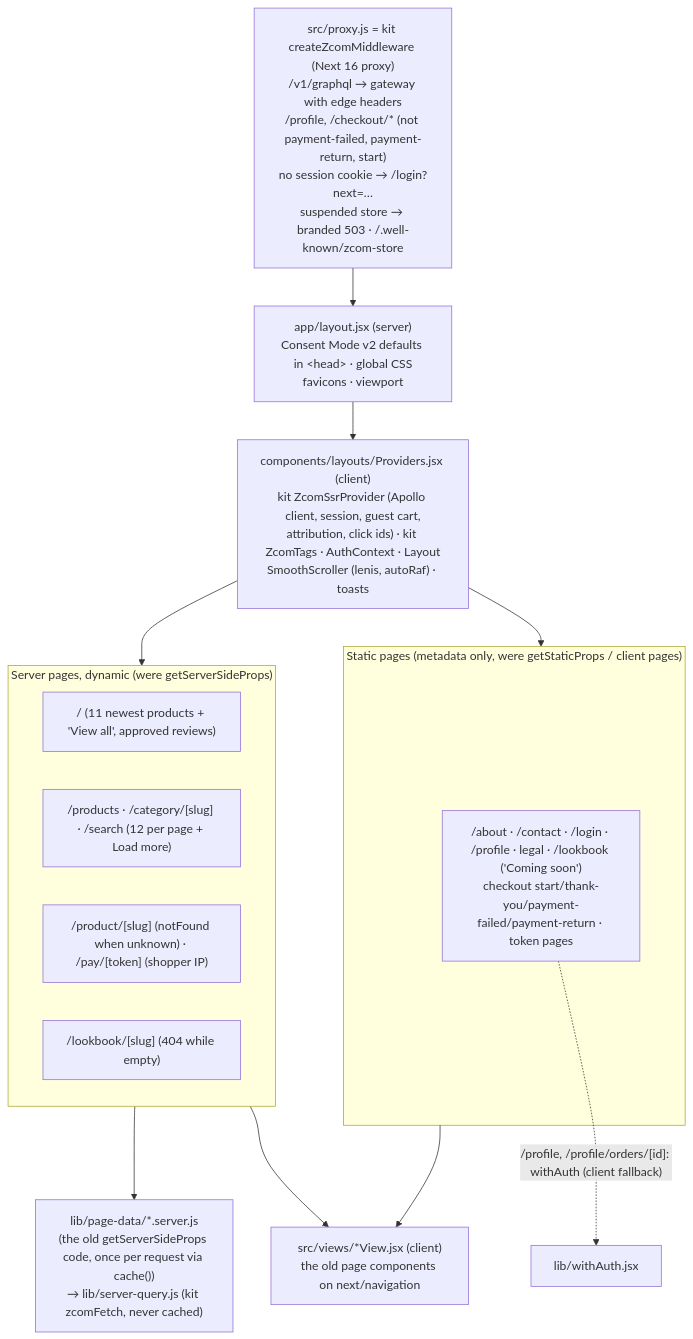
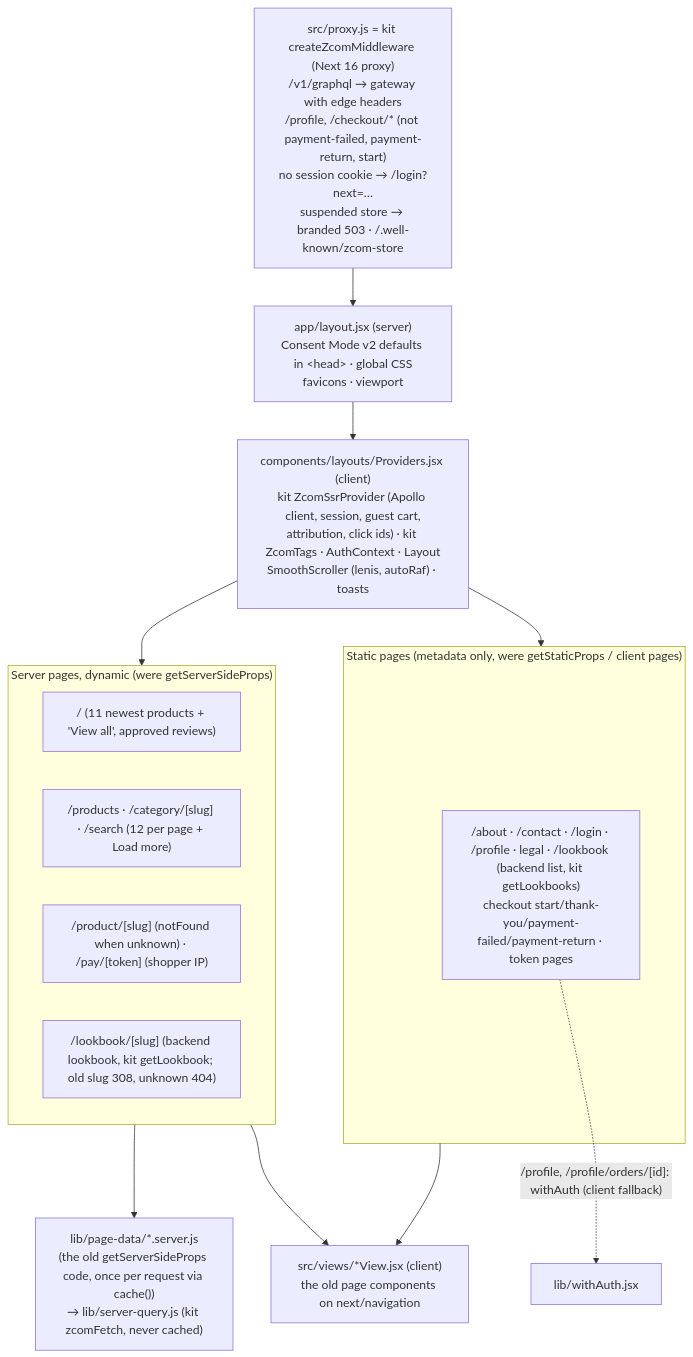
The second of 6 diagrams in docs/architecture/solution-architecture.md (Zerror-Studios/deveshe), drawn with Mermaid before and after one commit. The commit also changed other lines of this file and 27 other files, not shown here.

Commit message:
feat(lookbook): lookbooks from the backend on the chapter design (PRD-027 D10)

````diff
--- a/docs/architecture/solution-architecture.md
+++ b/docs/architecture/solution-architecture.md
@@ -29,22 +29,22 @@
 ```mermaid
 flowchart TB
     PX["src/proxy.js = kit createZcomMiddleware (Next 16 proxy)<br/>/v1/graphql → gateway with edge headers<br/>/profile, /checkout/* (not payment-failed, payment-return, start)<br/>no session cookie → /login?next=…<br/>suspended store → branded 503 · /.well-known/zcom-store"]
     LAYOUT["app/layout.jsx (server)<br/>Consent Mode v2 defaults in &lt;head&gt; · global CSS<br/>favicons · viewport"]
     PROV["components/layouts/Providers.jsx (client)<br/>kit ZcomSsrProvider (Apollo client, session, guest cart,<br/>attribution, click ids) · kit ZcomTags · AuthContext · Layout<br/>SmoothScroller (lenis, autoRaf) · toasts"]
     subgraph DYN["Server pages, dynamic (were getServerSideProps)"]
         IDX["/ (11 newest products + 'View all', approved reviews)"]
         PL["/products · /category/[slug] · /search (12 per page + Load more)"]
         PD["/product/[slug] (notFound when unknown) · /pay/[token] (shopper IP)"]
-        LBS["/lookbook/[slug] (404 while empty)"]
+        LBS["/lookbook/[slug] (backend lookbook, kit getLookbook; old slug 308, unknown 404)"]
     end
     subgraph STATIC["Static pages (metadata only, were getStaticProps / client pages)"]
-        ST["/about · /contact · /login · /profile · legal · /lookbook ('Coming soon')<br/>checkout start/thank-you/payment-failed/payment-return · token pages"]
+        ST["/about · /contact · /login · /profile · legal · /lookbook (backend list, kit getLookbooks)<br/>checkout start/thank-you/payment-failed/payment-return · token pages"]
     end
     LOAD["lib/page-data/*.server.js<br/>(the old getServerSideProps code, once per request via cache())<br/>→ lib/server-query.js (kit zcomFetch, never cached)"]
     VIEWS["src/views/*View.jsx (client)<br/>the old page components on next/navigation"]
     PX --> LAYOUT --> PROV
     PROV --> DYN & STATIC
     DYN --> LOAD
     DYN & STATIC --> VIEWS
     ST -. "/profile, /profile/orders/[id]: withAuth (client fallback)" .-> WA["lib/withAuth.jsx"]
 ```
````
